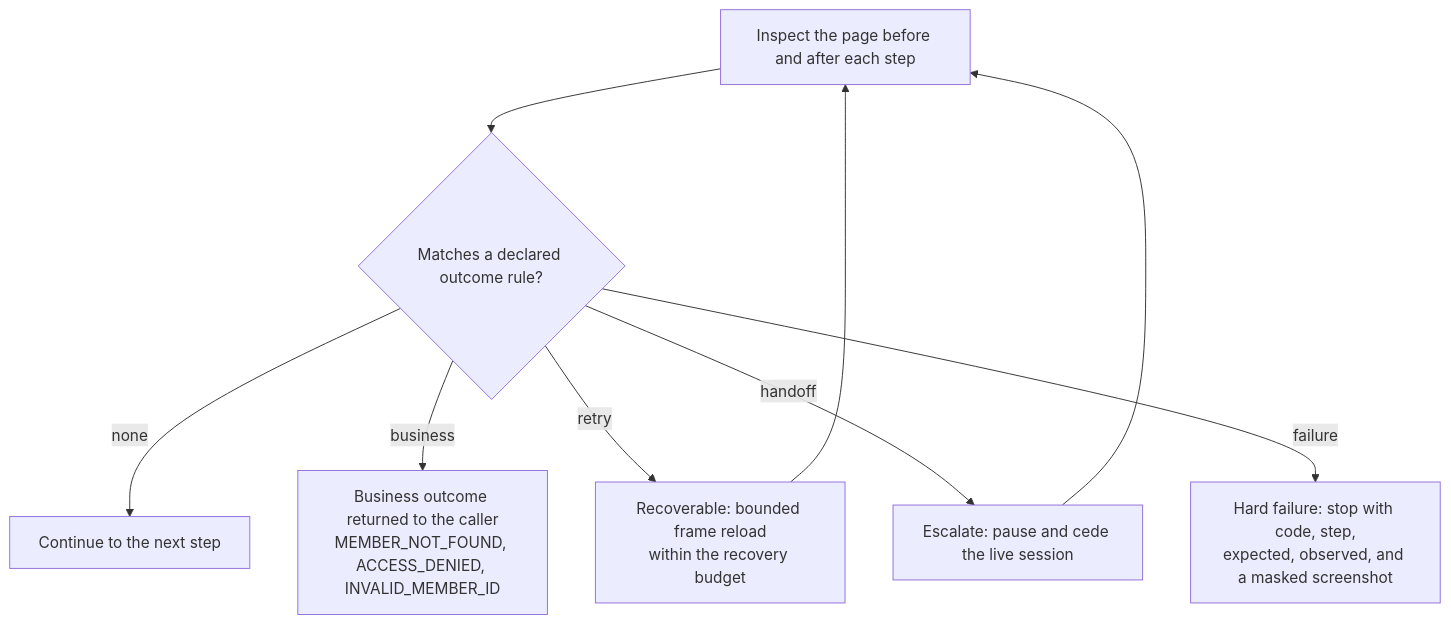
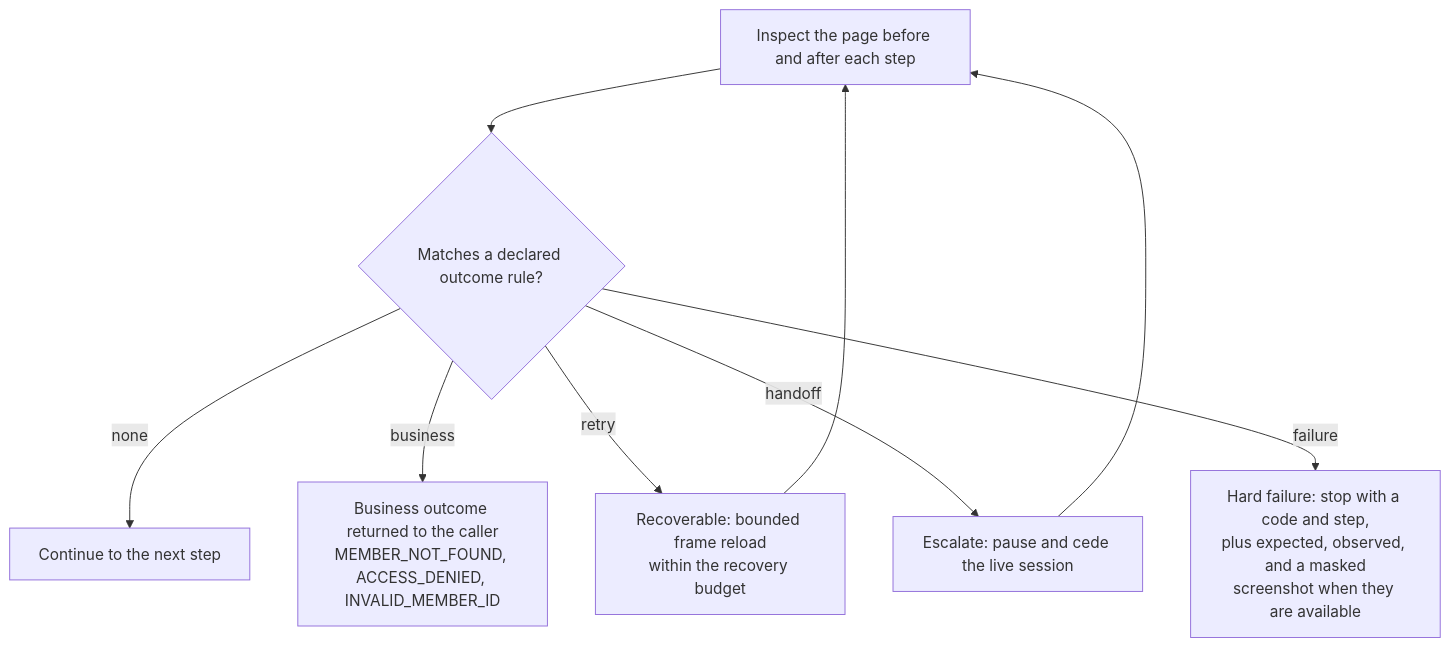
The diagram in docs/usage.md (hskl18/computer-use-runtime), drawn with Mermaid before and after one commit. The commit also changed other lines of this file, not shown here.

````diff
--- a/docs/usage.md
+++ b/docs/usage.md
@@ -54,11 +58,11 @@
 ```mermaid
 flowchart TD
   Inspect["Inspect the page before and after each step"] --> Match{"Matches a declared outcome rule?"}
   Match -->|none| Continue["Continue to the next step"]
   Match -->|business| Business["Business outcome returned to the caller<br/>MEMBER_NOT_FOUND, ACCESS_DENIED, INVALID_MEMBER_ID"]
   Match -->|retry| Retry["Recoverable: bounded frame reload<br/>within the recovery budget"]
   Match -->|handoff| Handoff["Escalate: pause and cede the live session"]
-  Match -->|failure| Fail["Hard failure: stop with code, step,<br/>expected, observed, and a masked screenshot"]
+  Match -->|failure| Fail["Hard failure: stop with a code and step,<br/>plus expected, observed, and a masked<br/>screenshot when they are available"]
   Retry --> Inspect
   Handoff --> Inspect
 ```
````
